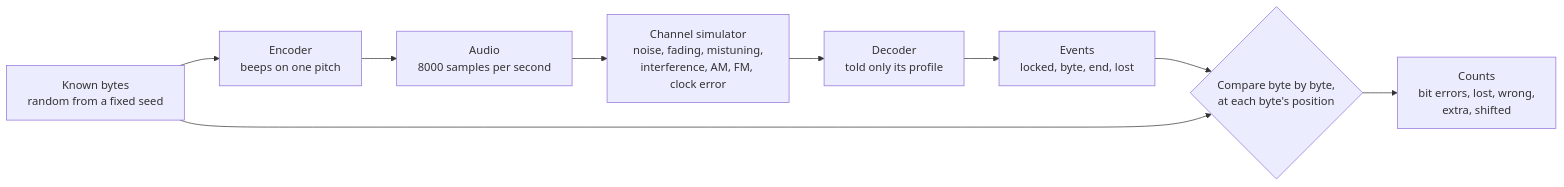
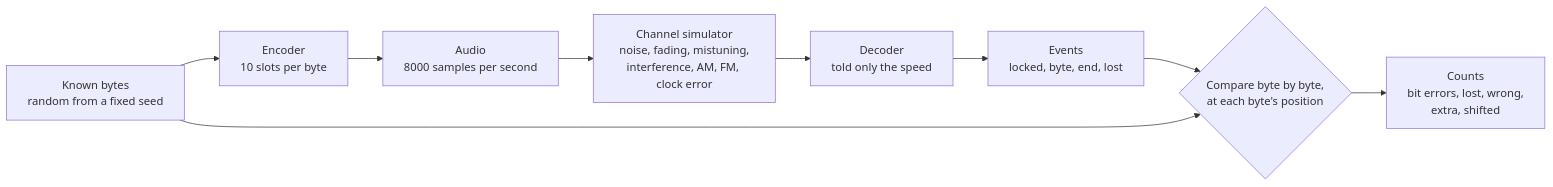
The first of 10 diagrams in docs/testing.md (solariun/unlimited), drawn with Mermaid before and after one commit. The commit also changed other lines of this file and 76 other files, not shown here.

````diff
--- a/docs/testing.md
+++ b/docs/testing.md
@@ -70,11 +69,11 @@
 ```mermaid
 flowchart LR
-    data["Known bytes<br/>random from a fixed seed"] --> enc["Encoder<br/>beeps on one pitch"]
+    data["Known bytes<br/>random from a fixed seed"] --> enc["Encoder<br/>10 slots per byte"]
     enc --> audio["Audio<br/>8000 samples per second"]
     audio --> chan["Channel simulator<br/>noise, fading, mistuning,<br/>interference, AM, FM, clock error"]
-    chan --> dec["Decoder<br/>told only its profile"]
+    chan --> dec["Decoder<br/>told only the speed"]
     dec --> events["Events<br/>locked, byte, end, lost"]
     events --> cmp{"Compare byte by byte,<br/>at each byte's position"}
     data --> cmp
     cmp --> counts["Counts<br/>bit errors, lost, wrong,<br/>extra, shifted"]
 ```
````
